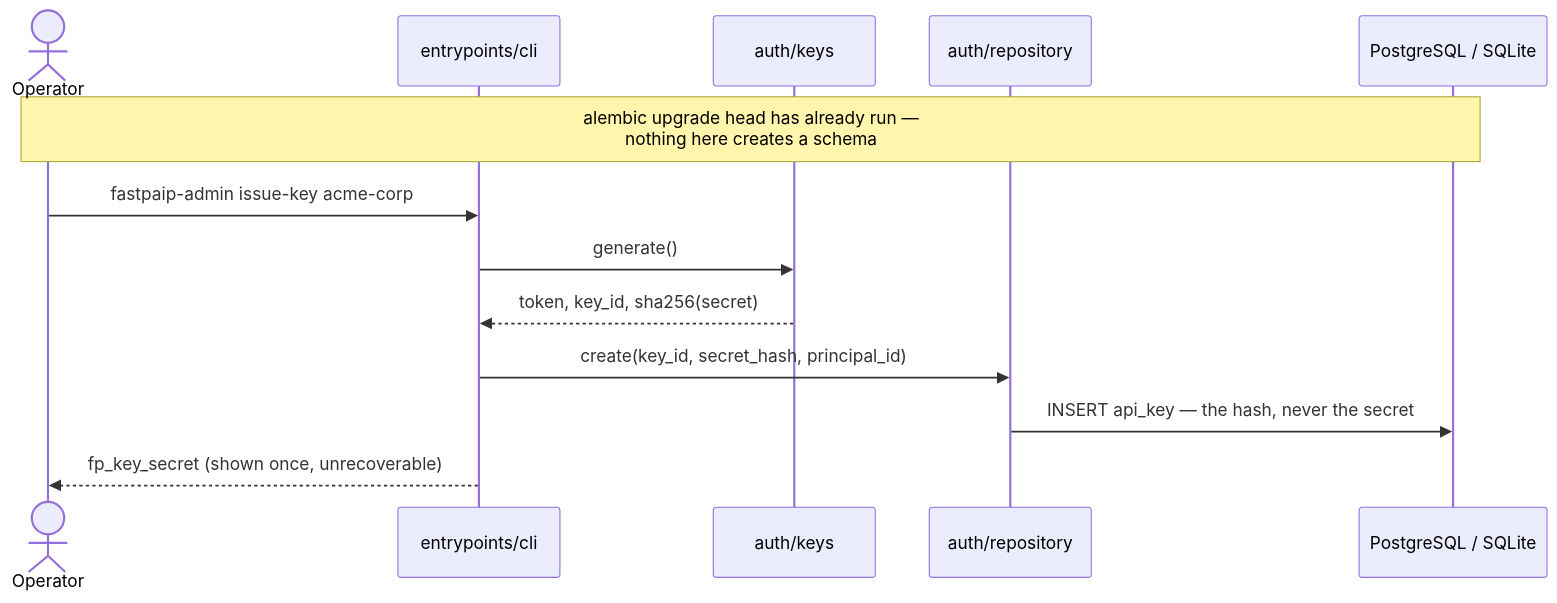
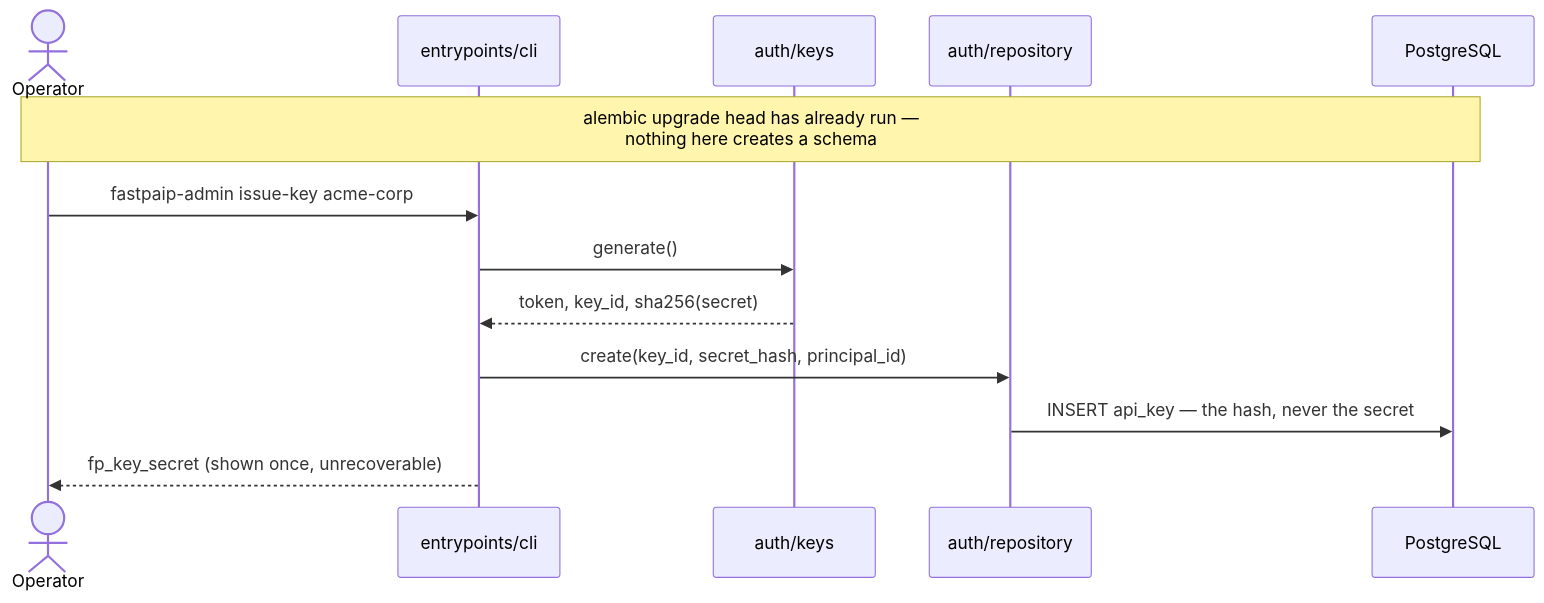
One commit to glb99/bacteria changed the third of 3 diagrams in docs/ARCHITECTURE.md. Above: the diagram before and after it, drawn with Mermaid. The commit also changed other lines of this file and 19 other files, not shown here.

````diff
--- a/docs/ARCHITECTURE.md
+++ b/docs/ARCHITECTURE.md
@@ -171,16 +171,16 @@
 ```mermaid
 sequenceDiagram
     actor Operator
     participant CLI as entrypoints/cli
     participant Keys as auth/keys
     participant Repo as auth/repository
-    participant DB as PostgreSQL / SQLite
+    participant DB as PostgreSQL
 
     note over Operator,DB: alembic upgrade head has already run —<br/>nothing here creates a schema
     Operator->>CLI: fastpaip-admin issue-key acme-corp
     CLI->>Keys: generate()
     Keys-->>CLI: token, key_id, sha256(secret)
     CLI->>Repo: create(key_id, secret_hash, principal_id)
     Repo->>DB: INSERT api_key — the hash, never the secret
     CLI-->>Operator: fp_key_secret (shown once, unrecoverable)
 ```
````
